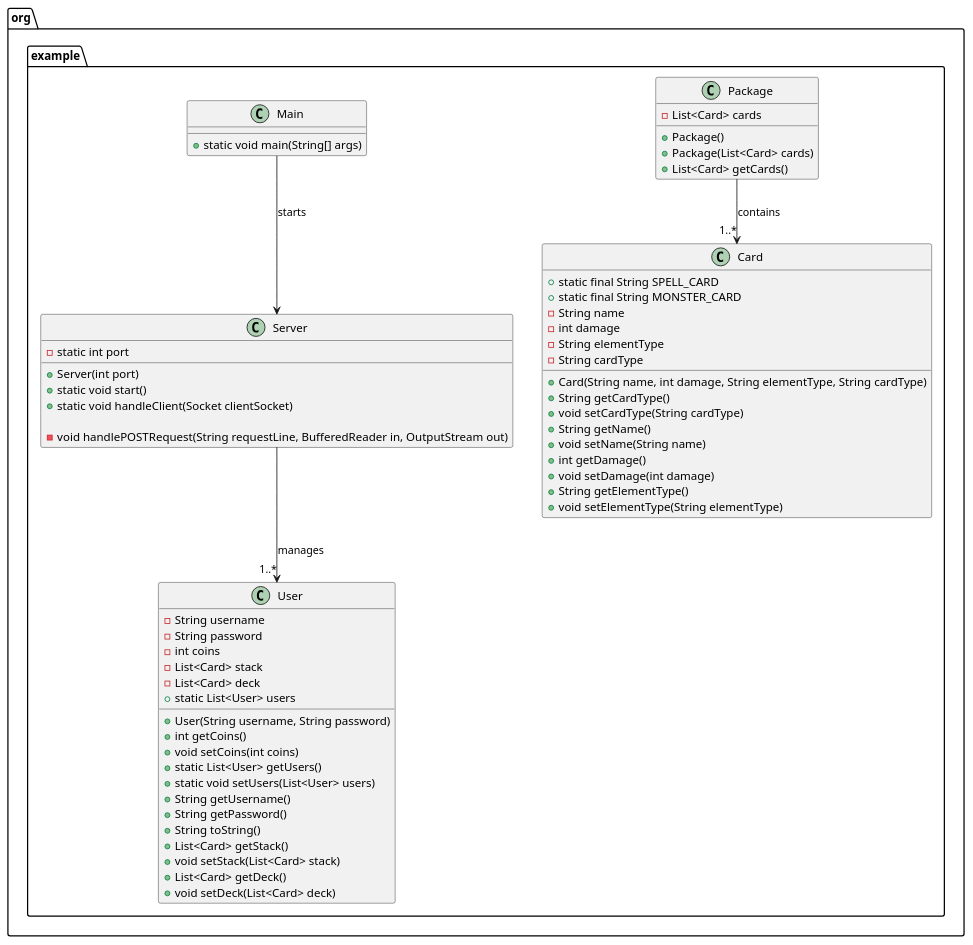
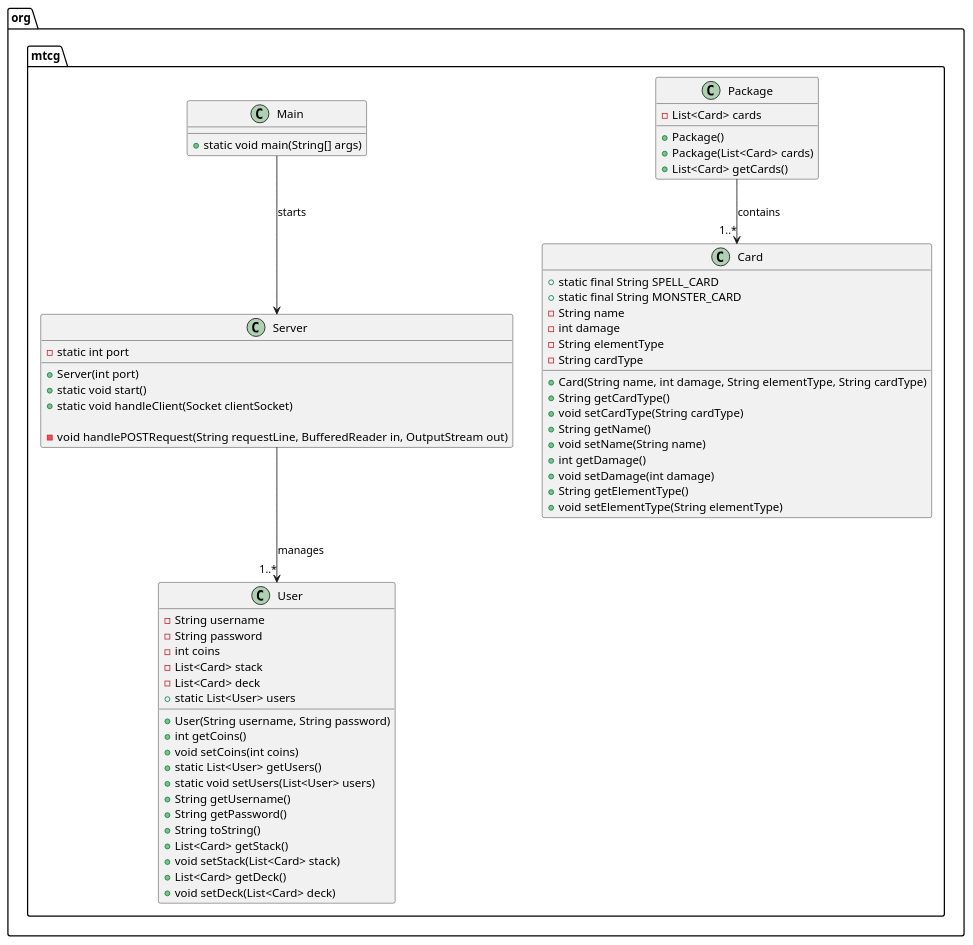
Before and after one commit to MrPlotTwist/MTCG: the diagram in MTCG/UML Diagram/MTCG UML Diagram.puml, drawn with PlantUML. The commit also changed 17 other files, not shown here.

```diff
--- a/MTCG/UML Diagram/MTCG UML Diagram.puml
+++ b/MTCG/UML Diagram/MTCG UML Diagram.puml
@@ -1,76 +1,76 @@
 @startuml
 
-package org.example {
+package org.mtcg {
 
 class User {
         - String username
         - String password
         - int coins
         - List<Card> stack
         - List<Card> deck
         + static List<User> users
 
         + User(String username, String password)
         + int getCoins()
         + void setCoins(int coins)
         + static List<User> getUsers()
         + static void setUsers(List<User> users)
         + String getUsername()
         + String getPassword()
         + String toString()
         + List<Card> getStack()
         + void setStack(List<Card> stack)
         + List<Card> getDeck()
         + void setDeck(List<Card> deck)
     }
 
   class Package {
       - List<Card> cards
 
       + Package()
       + Package(List<Card> cards)
       + List<Card> getCards()
     }
 
     Package --> "1..*" Card : contains
 
     class Server {
       - static int port
 
       + Server(int port)
       + static void start()
       + static void handleClient(Socket clientSocket)
 
       - void handlePOSTRequest(String requestLine, BufferedReader in, OutputStream out)
     }
 
     Server --> "1..*" User : manages
 
     class Main {
         + static void main(String[] args)
     }
 
 Main --> Server : starts
 
 class Card {
         + static final String SPELL_CARD
         + static final String MONSTER_CARD
         - String name
         - int damage
         - String elementType
         - String cardType
 
         + Card(String name, int damage, String elementType, String cardType)
         + String getCardType()
         + void setCardType(String cardType)
         + String getName()
         + void setName(String name)
         + int getDamage()
         + void setDamage(int damage)
         + String getElementType()
         + void setElementType(String elementType)
     }
 
 }
 
 @enduml
```
